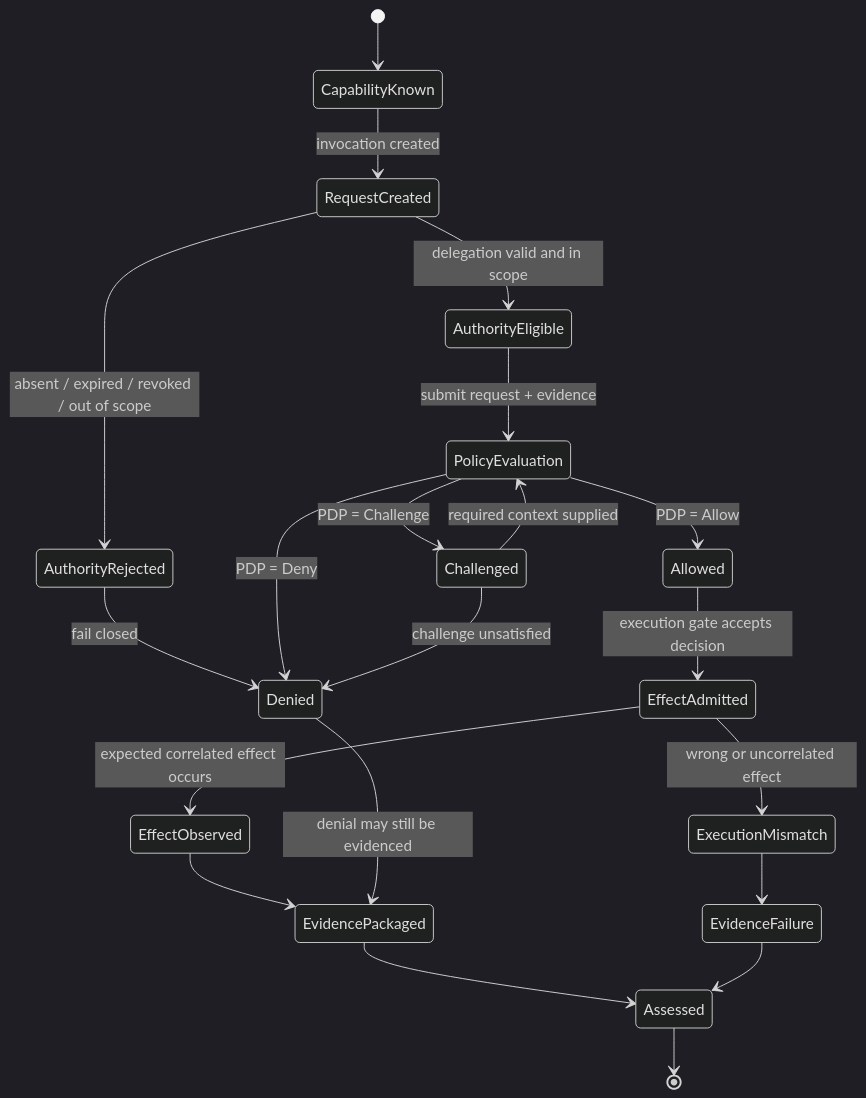
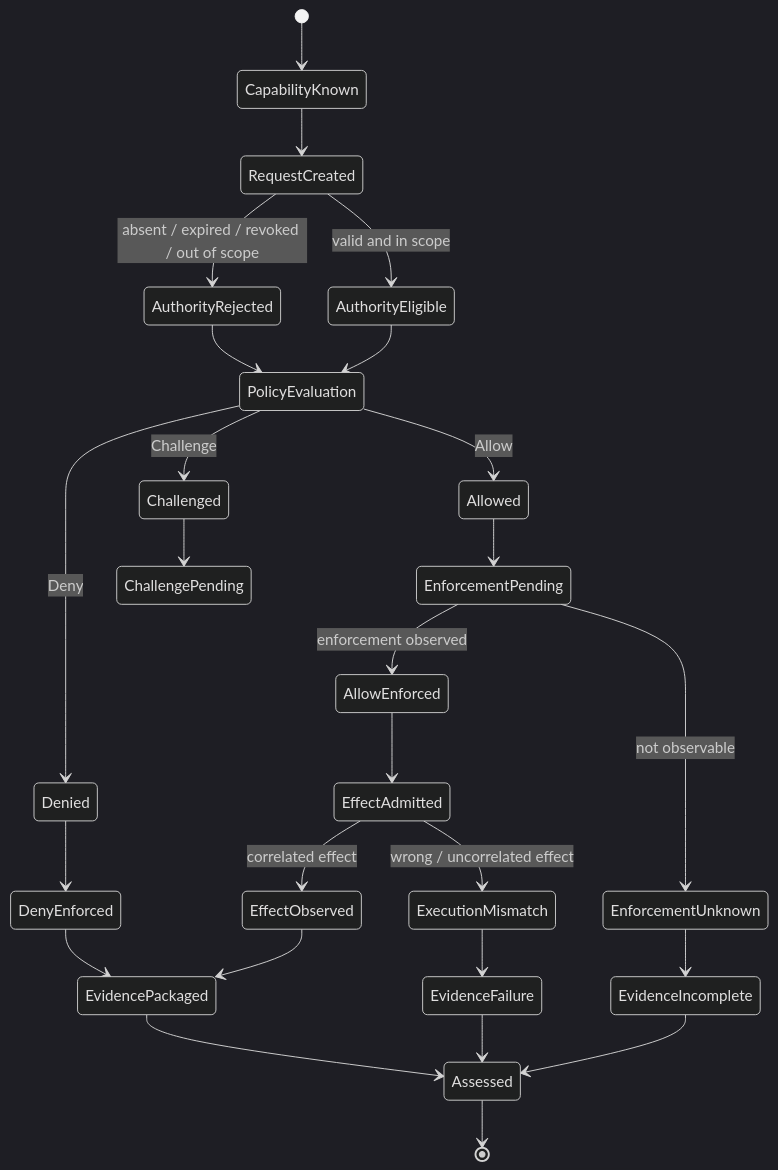
One commit to sankarshanmukhopadhyay/trust-protocol-interop-lab changed the second of 4 diagrams in cases/govops-executable-trust/README.md. Above: the diagram before and after it, drawn with Mermaid (dark theme). The commit also changed other lines of this file and 7 other files, not shown here.

````diff
--- a/cases/govops-executable-trust/README.md
+++ b/cases/govops-executable-trust/README.md
@@ -131,31 +139,36 @@
 ```mermaid
 stateDiagram-v2
     [*] --> CapabilityKnown
-    CapabilityKnown --> RequestCreated: invocation created
+    CapabilityKnown --> RequestCreated
 
-    RequestCreated --> AuthorityEligible: delegation valid and in scope
+    RequestCreated --> AuthorityEligible: valid and in scope
     RequestCreated --> AuthorityRejected: absent / expired / revoked / out of scope
 
-    AuthorityRejected --> Denied: fail closed
-    AuthorityEligible --> PolicyEvaluation: submit request + evidence
+    AuthorityRejected --> PolicyEvaluation
+    AuthorityEligible --> PolicyEvaluation
 
-    PolicyEvaluation --> Allowed: PDP = Allow
-    PolicyEvaluation --> Denied: PDP = Deny
-    PolicyEvaluation --> Challenged: PDP = Challenge
+    PolicyEvaluation --> Allowed: Allow
+    PolicyEvaluation --> Denied: Deny
+    PolicyEvaluation --> Challenged: Challenge
 
-    Challenged --> PolicyEvaluation: required context supplied
-    Challenged --> Denied: challenge unsatisfied
+    Allowed --> EnforcementPending
+    Denied --> DenyEnforced
+    Challenged --> ChallengePending
 
-    Allowed --> EffectAdmitted: execution gate accepts decision
-    EffectAdmitted --> EffectObserved: expected correlated effect occurs
-    EffectAdmitted --> ExecutionMismatch: wrong or uncorrelated effect
+    EnforcementPending --> AllowEnforced: enforcement observed
+    EnforcementPending --> EnforcementUnknown: not observable
 
+    AllowEnforced --> EffectAdmitted
+    EffectAdmitted --> EffectObserved: correlated effect
+    EffectAdmitted --> ExecutionMismatch: wrong / uncorrelated effect
+
+    DenyEnforced --> EvidencePackaged
     EffectObserved --> EvidencePackaged
     ExecutionMismatch --> EvidenceFailure
-    Denied --> EvidencePackaged: denial may still be evidenced
+    EnforcementUnknown --> EvidenceIncomplete
 
     EvidencePackaged --> Assessed
     EvidenceFailure --> Assessed
-
+    EvidenceIncomplete --> Assessed
     Assessed --> [*]
 ```
````
